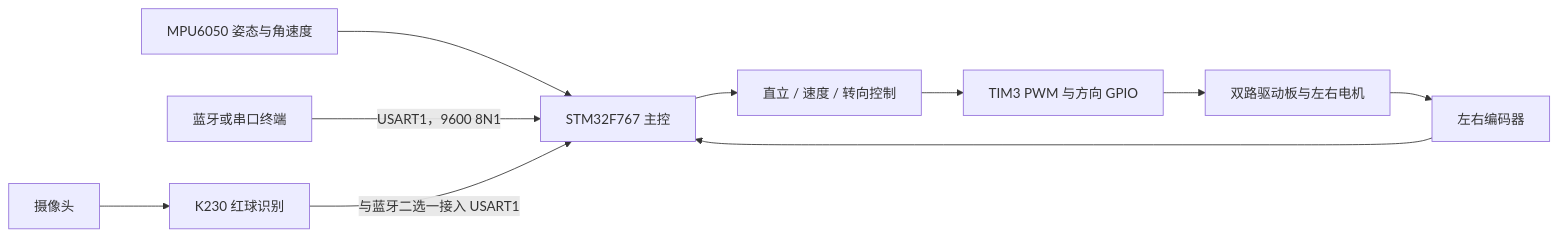
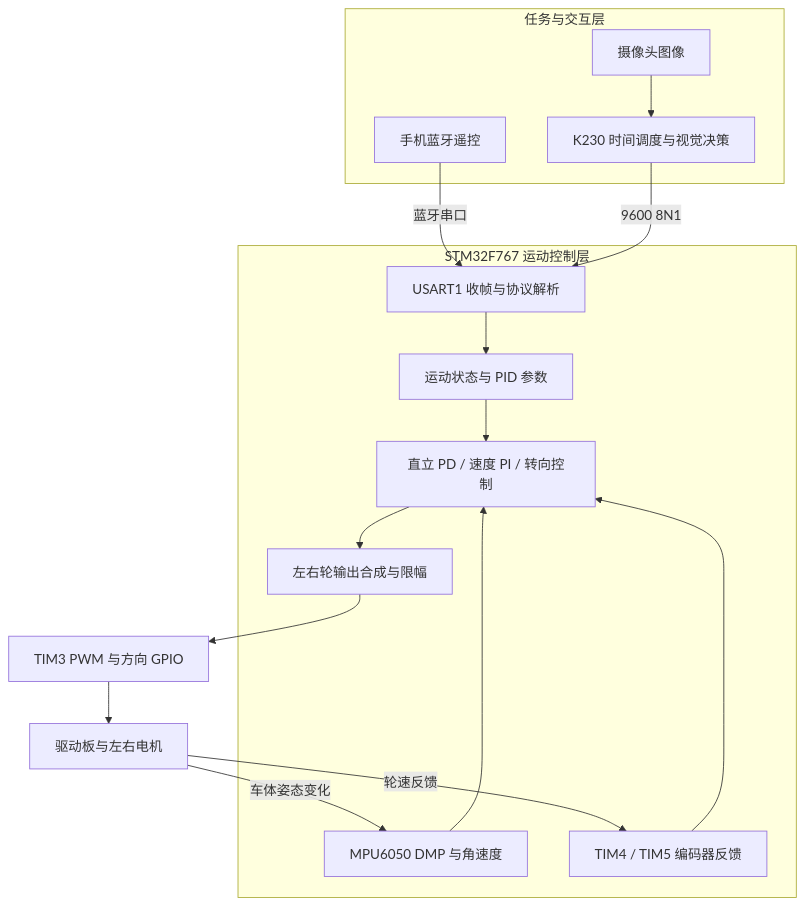
Before and after one commit to BGrowl/STM32F767-balance-car: the first of 2 diagrams in README.md, drawn with Mermaid. The commit also changed other lines of this file, not shown here.

Commit message:
Expand README with dual-task design and engineering details

````diff
--- a/README.md
+++ b/README.md
@@ -30,12 +70,28 @@
 ```mermaid
-flowchart LR
-    IMU[MPU6050 姿态与角速度] --> STM[STM32F767 主控]
-    ENC[左右编码器] --> STM
-    BLE[蓝牙或串口终端] -->|USART1，9600 8N1| STM
-    CAM[摄像头] --> K230[K230 红球识别]
-    K230 -->|与蓝牙二选一接入 USART1| STM
-    STM --> PID[直立 / 速度 / 转向控制]
-    PID --> PWM[TIM3 PWM 与方向 GPIO]
-    PWM --> MOTOR[双路驱动板与左右电机]
-    MOTOR --> ENC
+flowchart TB
+    subgraph TASK[任务与交互层]
+        PHONE[手机蓝牙遥控]
+        CAMERA[摄像头图像]
+        K230[K230 时间调度与视觉决策]
+        CAMERA --> K230
+    end
+    subgraph MCU[STM32F767 运动控制层]
+        UART[USART1 收帧与协议解析]
+        STATE[运动状态与 PID 参数]
+        IMU[MPU6050 DMP 与角速度]
+        ENC[TIM4 / TIM5 编码器反馈]
+        CTRL[直立 PD / 速度 PI / 转向控制]
+        MIX[左右轮输出合成与限幅]
+        UART --> STATE
+        STATE --> CTRL
+        IMU --> CTRL
+        ENC --> CTRL
+        CTRL --> MIX
+    end
+    PHONE -->|蓝牙串口| UART
+    K230 -->|9600 8N1| UART
+    MIX --> DRIVER[TIM3 PWM 与方向 GPIO]
+    DRIVER --> MOTOR[驱动板与左右电机]
+    MOTOR -->|轮速反馈| ENC
+    MOTOR -->|车体姿态变化| IMU
 ```
````
